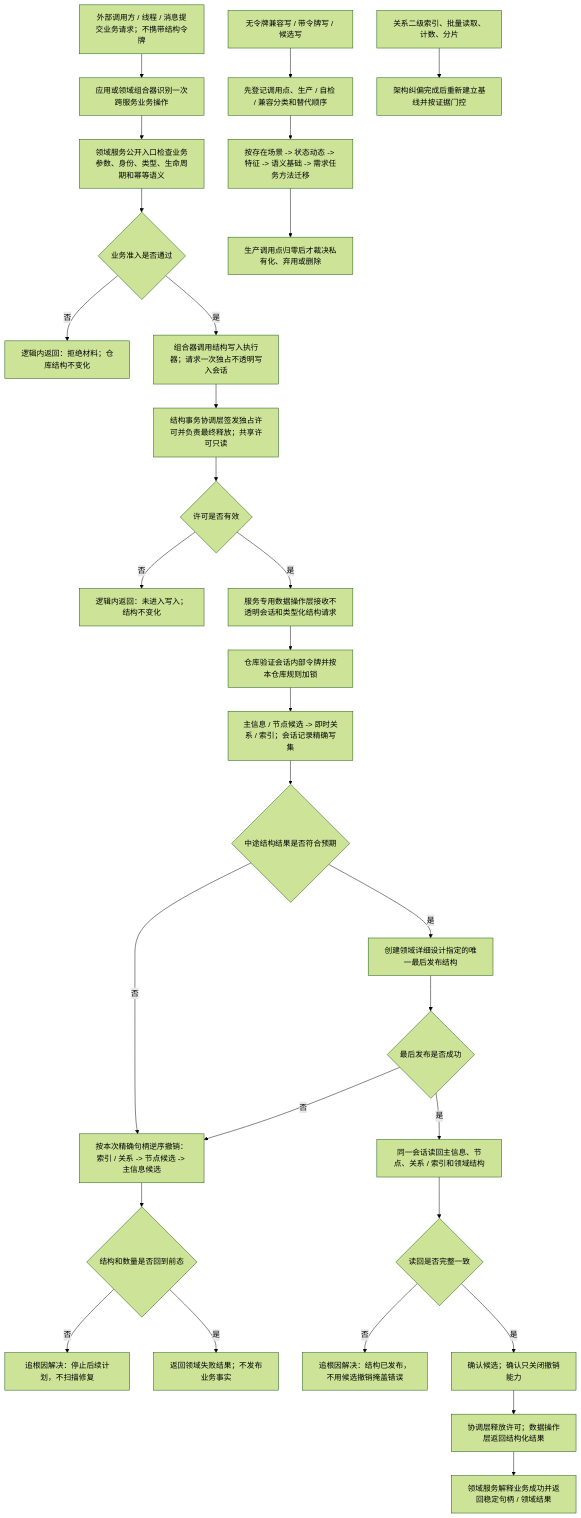
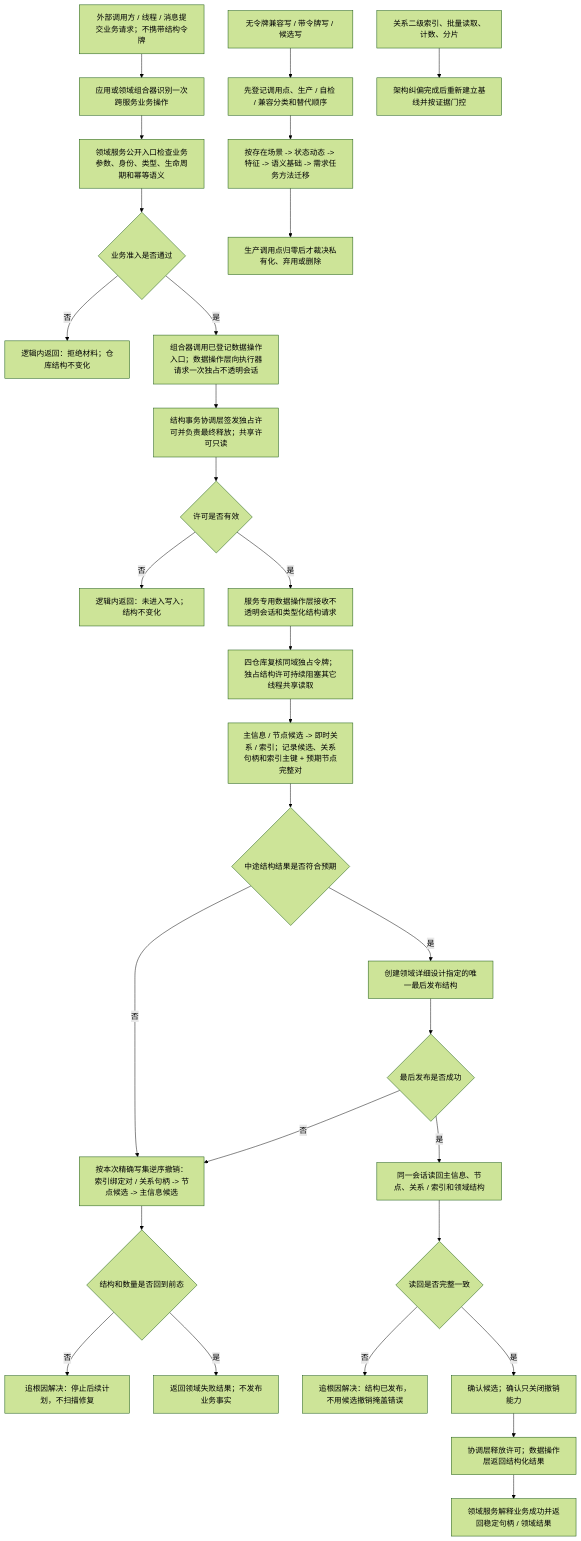
One commit to chunhaizh-cyber/HY-Ego changed the diagram in 流程图/20260713_仓库底层与服务数据操作分层纠偏流程图_v0.1.md. Above: the diagram before and after it, drawn with Mermaid (forest theme). The commit also changed 11 other files, not shown here.

````diff
--- a/流程图/20260713_仓库底层与服务数据操作分层纠偏流程图_v0.1.md
+++ b/流程图/20260713_仓库底层与服务数据操作分层纠偏流程图_v0.1.md
@@ -22,34 +22,34 @@
 ```mermaid
 flowchart TD
     A["外部调用方 / 线程 / 消息提交业务请求；不携带结构令牌"] --> B["应用或领域组合器识别一次跨服务业务操作"]
     B --> C["领域服务公开入口检查业务参数、身份、类型、生命周期和幂等语义"]
     C --> C1{"业务准入是否通过"}
     C1 -- "否" --> L1["逻辑内返回：拒绝材料；仓库结构不变化"]
-    C1 -- "是" --> D["组合器调用结构写入执行器；请求一次独占不透明写入会话"]
+    C1 -- "是" --> D["组合器调用已登记数据操作入口；数据操作层向执行器请求一次独占不透明会话"]
     D --> E["结构事务协调层签发独占许可并负责最终释放；共享许可只读"]
     E --> E1{"许可是否有效"}
     E1 -- "否" --> L2["逻辑内返回：未进入写入；结构不变化"]
     E1 -- "是" --> F["服务专用数据操作层接收不透明会话和类型化结构请求"]
-    F --> G["仓库验证会话内部令牌并按本仓库规则加锁"]
-    G --> H["主信息 / 节点候选 -> 即时关系 / 索引；会话记录精确写集"]
+    F --> G["四仓库复核同域独占令牌；独占结构许可持续阻塞其它线程共享读取"]
+    G --> H["主信息 / 节点候选 -> 即时关系 / 索引；记录候选、关系句柄和索引主键 + 预期节点完整对"]
     H --> H1{"中途结构结果是否符合预期"}
-    H1 -- "否" --> R["按本次精确句柄逆序撤销：索引 / 关系 -> 节点候选 -> 主信息候选"]
+    H1 -- "否" --> R["按本次精确写集逆序撤销：索引绑定对 / 关系句柄 -> 节点候选 -> 主信息候选"]
     R --> R1{"结构和数量是否回到前态"}
     R1 -- "否" --> X1["追根因解决：停止后续计划，不扫描修复"]
     R1 -- "是" --> L3["返回领域失败结果；不发布业务事实"]
     H1 -- "是" --> I["创建领域详细设计指定的唯一最后发布结构"]
     I --> I1{"最后发布是否成功"}
     I1 -- "否" --> R
     I1 -- "是" --> J["同一会话读回主信息、节点、关系 / 索引和领域结构"]
     J --> J1{"读回是否完整一致"}
     J1 -- "否" --> X2["追根因解决：结构已发布，不用候选撤销掩盖错误"]
     J1 -- "是" --> K["确认候选；确认只关闭撤销能力"]
     K --> M["协调层释放许可；数据操作层返回结构化结果"]
     M --> N["领域服务解释业务成功并返回稳定句柄 / 领域结果"]
 
     P1["无令牌兼容写 / 带令牌写 / 候选写"] --> P2["先登记调用点、生产 / 自检 / 兼容分类和替代顺序"]
     P2 --> P3["按存在场景 -> 状态动态 -> 特征 -> 语义基础 -> 需求任务方法迁移"]
     P3 --> P4["生产调用点归零后才裁决私有化、弃用或删除"]
 
     Q1["关系二级索引、批量读取、计数、分片"] --> Q2["架构纠偏完成后重新建立基线并按证据门控"]
 ```
````
